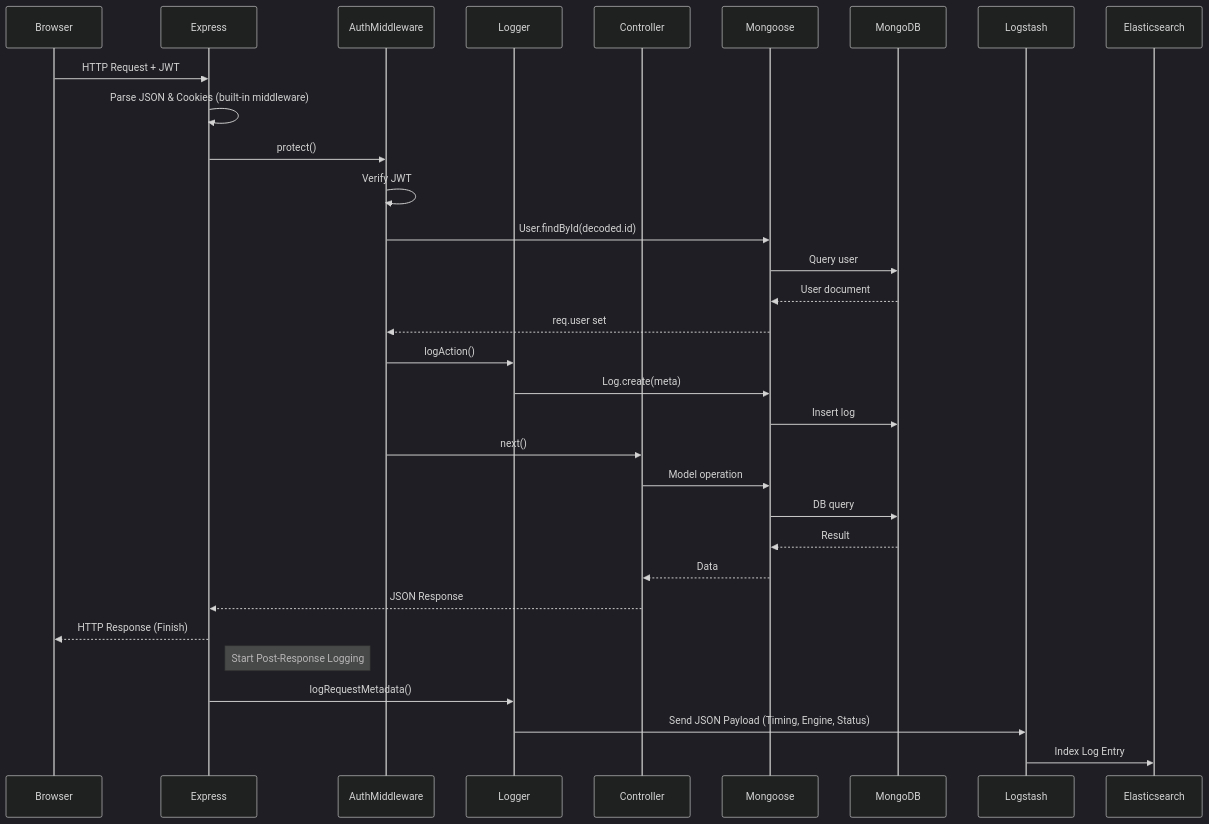
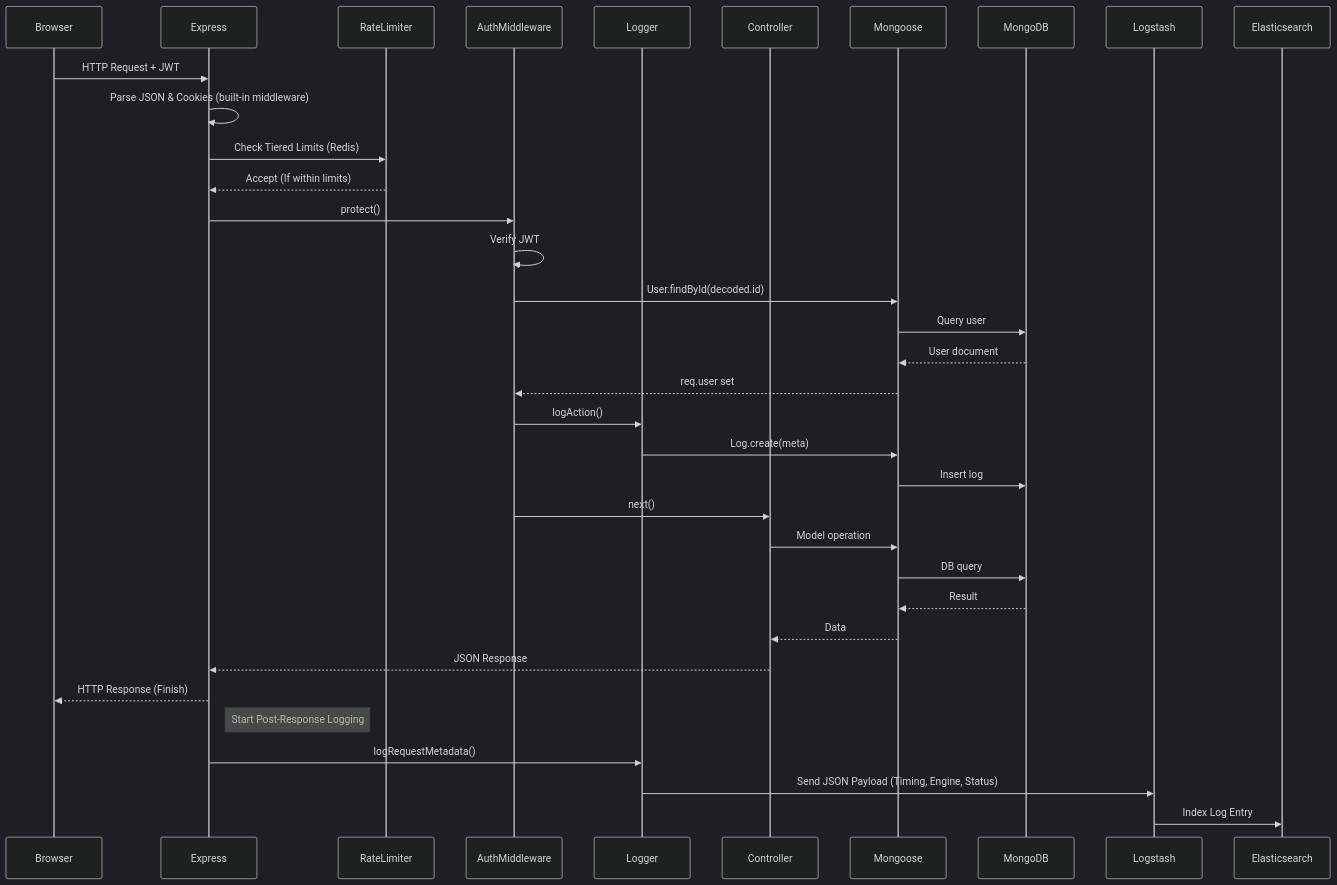
One commit to Narendrakaduru/QuickCart changed the eighth of 11 diagrams in architecture_diagrams.md. Above: the diagram before and after it, drawn with Mermaid (dark theme). The commit also changed other lines of this file and 7 other files, not shown here.

Commit message:
feat: Redis-backed rate limiting middleware.

````diff
--- a/architecture_diagrams.md
+++ b/architecture_diagrams.md
@@ -448,33 +449,36 @@
 ```mermaid
 sequenceDiagram
     participant Browser
     participant Express
+    participant RateLimiter
     participant AuthMiddleware
     participant Logger
     participant Controller
     participant Mongoose
     participant MongoDB
 
     Browser->>Express: HTTP Request + JWT
     Express->>Express: Parse JSON & Cookies (built-in middleware)
+    Express->>RateLimiter: Check Tiered Limits (Redis)
+    RateLimiter-->>Express: Accept (If within limits)
     Express->>AuthMiddleware: protect()
     AuthMiddleware->>AuthMiddleware: Verify JWT
     AuthMiddleware->>Mongoose: User.findById(decoded.id)
     Mongoose->>MongoDB: Query user
     MongoDB-->>Mongoose: User document
     Mongoose-->>AuthMiddleware: req.user set
     AuthMiddleware->>Logger: logAction()
     Logger->>Mongoose: Log.create(meta)
     Mongoose->>MongoDB: Insert log
     AuthMiddleware->>Controller: next()
     Controller->>Mongoose: Model operation
     Mongoose->>MongoDB: DB query
     MongoDB-->>Mongoose: Result
     Mongoose-->>Controller: Data
     Controller-->>Express: JSON Response
     Express-->>Browser: HTTP Response (Finish)
     Note right of Express: Start Post-Response Logging
     Express->>Logger: logRequestMetadata()
     Logger->>Logstash: Send JSON Payload (Timing, Engine, Status)
     Logstash->>Elasticsearch: Index Log Entry
 ```
````
